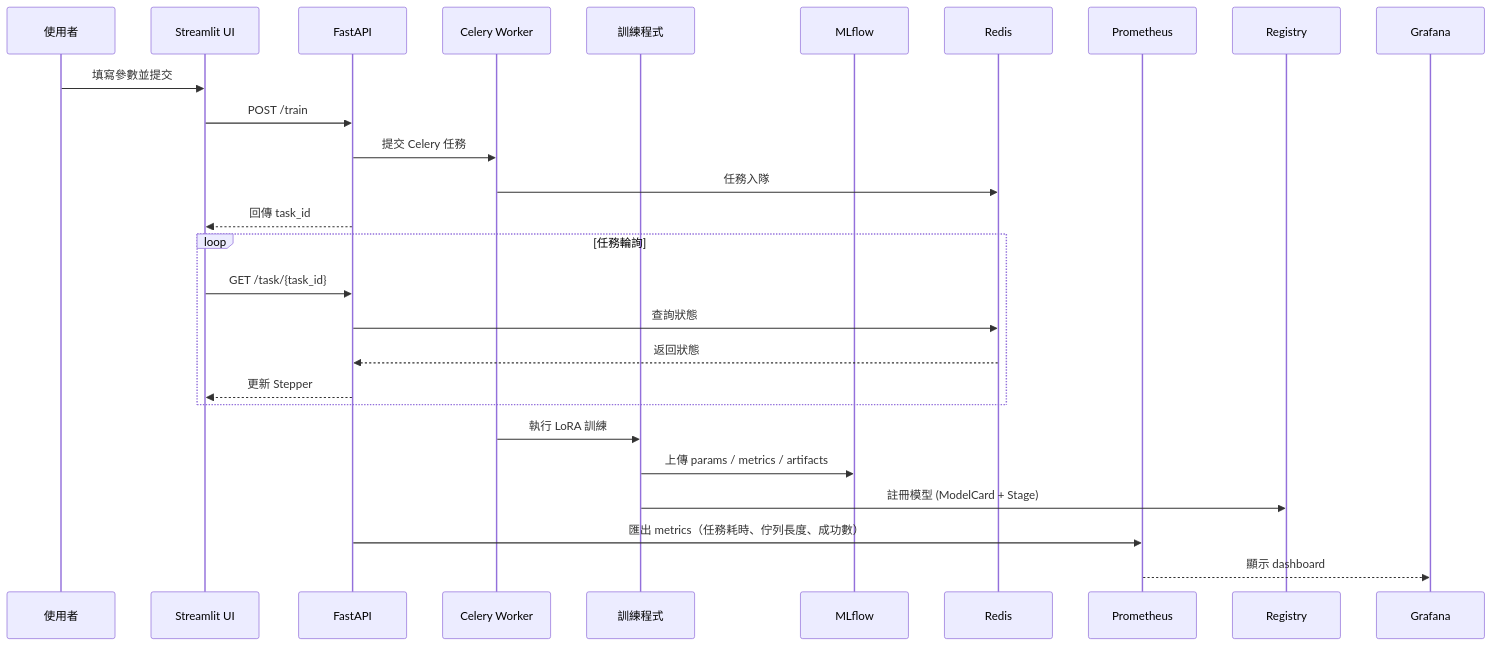
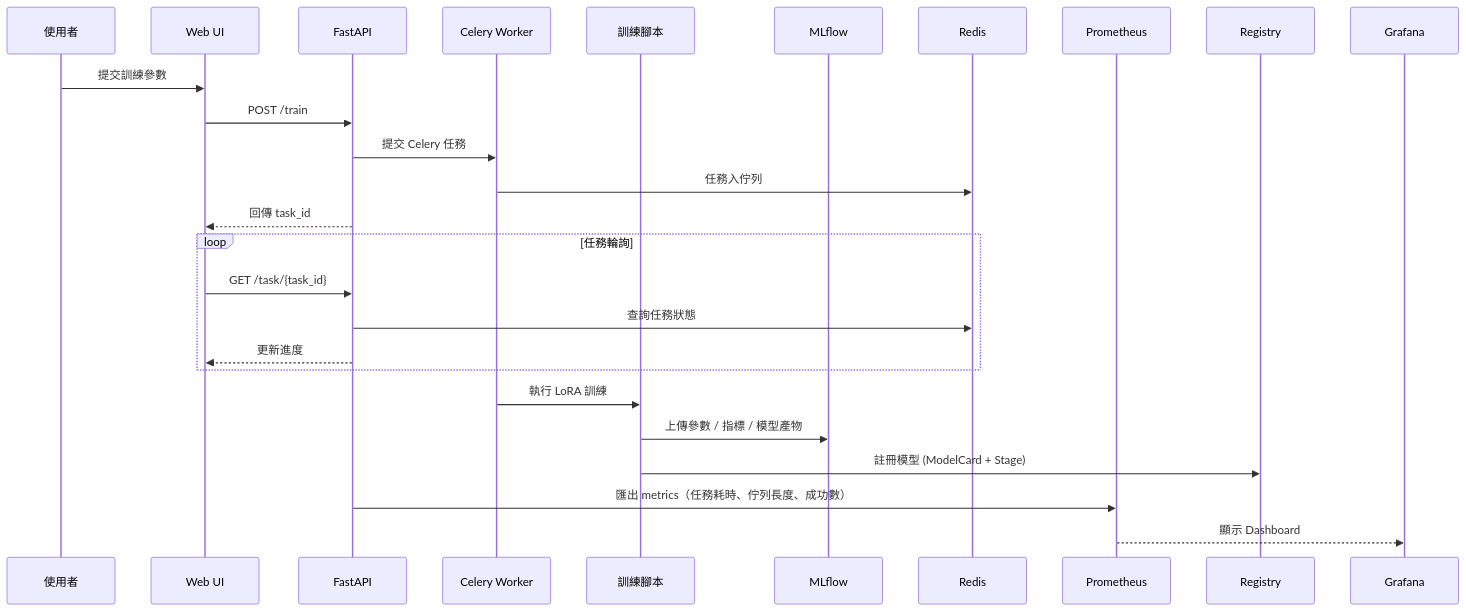
One commit to pei9564/Finetune-30-days-demo changed the diagram in README.md. Above: the diagram before and after it, drawn with Mermaid. The commit also changed other lines of this file and 2 other files, not shown here.

````diff
--- a/README.md
+++ b/README.md
@@ -29,30 +30,29 @@
 ```mermaid
 sequenceDiagram
     participant U as 使用者
-    participant UI as Streamlit UI
+    participant UI as Web UI
     participant API as FastAPI
     participant C as Celery Worker
-    participant T as 訓練程式
+    participant T as 訓練腳本
     participant M as MLflow
     participant R as Redis
     participant P as Prometheus
 
-    U->>UI: 填寫參數並提交
+    U->>UI: 提交訓練參數
     UI->>API: POST /train
     API->>C: 提交 Celery 任務
-    C->>R: 任務入隊
+    C->>R: 任務入佇列
     API-->>UI: 回傳 task_id
 
     loop 任務輪詢
         UI->>API: GET /task/{task_id}
-        API->>R: 查詢狀態
-        R-->>API: 返回狀態
-        API-->>UI: 更新 Stepper
+        API->>R: 查詢任務狀態
+        API-->>UI: 更新進度
     end
 
     C->>T: 執行 LoRA 訓練
-    T->>M: 上傳 params / metrics / artifacts
+    T->>M: 上傳參數 / 指標 / 模型產物
     T->>Registry: 註冊模型 (ModelCard + Stage)
     API->>P: 匯出 metrics（任務耗時、佇列長度、成功數）
-    P-->>Grafana: 顯示 dashboard
+    P-->>Grafana: 顯示 Dashboard
 ```
````
